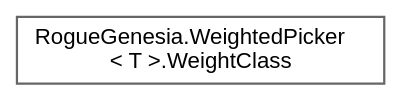
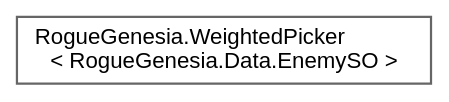
Before and after one commit to PlexusDuMenton/RogueGenesiaModAPI: the diagram in inherit_graph_157.dot, drawn with Graphviz. The commit also changed 2438 other files, not shown here.

```diff
--- a/inherit_graph_157.dot
+++ b/inherit_graph_157.dot
@@ -1,9 +1,9 @@
 digraph "Graphical Class Hierarchy"
 {
  // LATEX_PDF_SIZE
   bgcolor="transparent";
   edge [fontname=Helvetica,fontsize=10,labelfontname=Helvetica,labelfontsize=10];
   node [fontname=Helvetica,fontsize=10,shape=box,height=0.2,width=0.4];
   rankdir="LR";
-  Node0 [label="RogueGenesia.WeightedPicker\l\< T \>.WeightClass",height=0.2,width=0.4,color="grey40", fillcolor="white", style="filled",URL="$class_rogue_genesia_1_1_weighted_picker_1_1_weight_class.html",tooltip=" "];
+  Node0 [label="RogueGenesia.WeightedPicker\l\< RogueGenesia.Data.EnemySO \>",height=0.2,width=0.4,color="grey40", fillcolor="white", style="filled",URL="$class_rogue_genesia_1_1_weighted_picker.html",tooltip=" "];
 }
```
